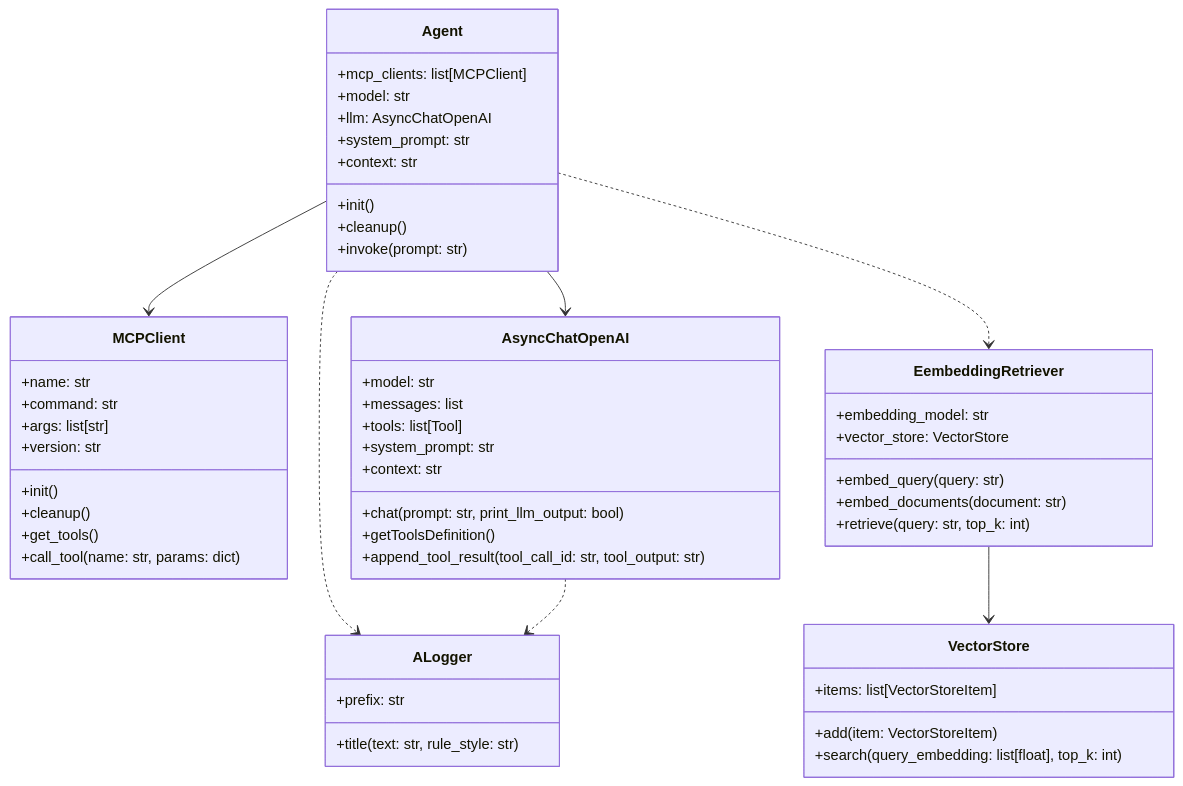
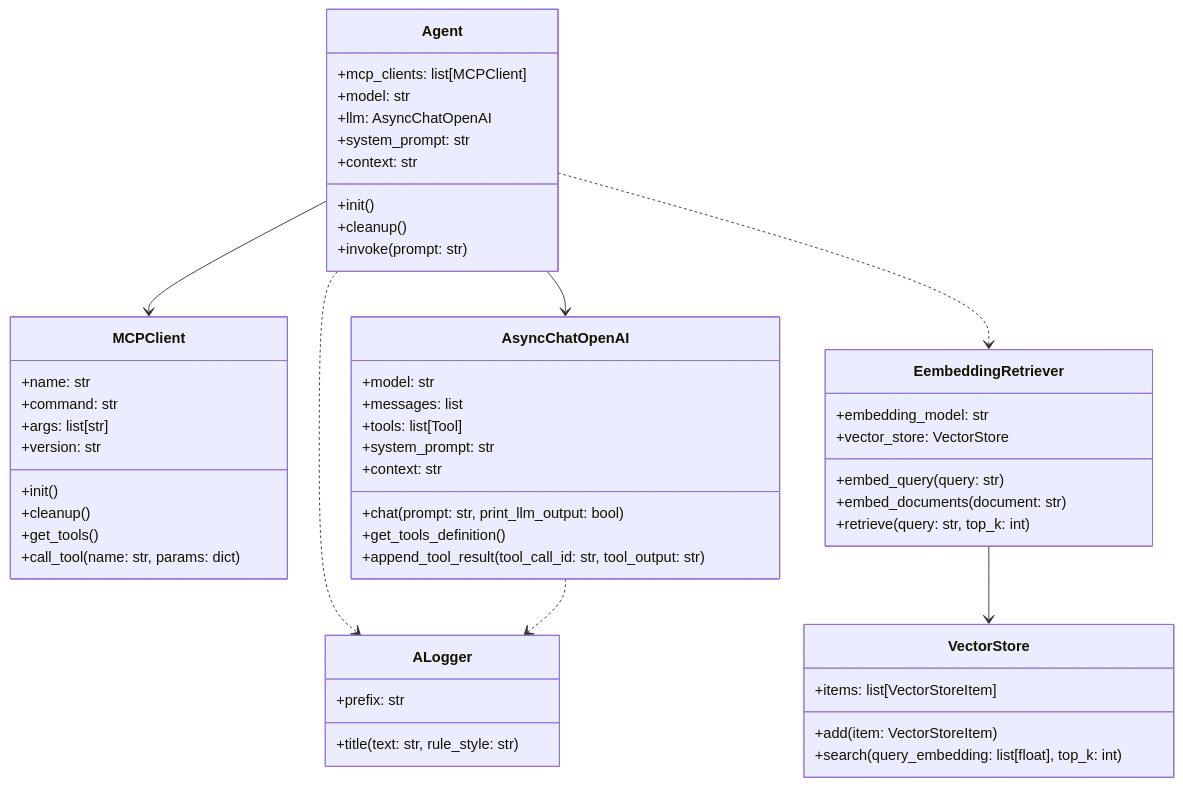
The second of 3 diagrams in README.md (baller/SmartMap-Agent), drawn with Mermaid before and after one commit. The commit also changed 1 other file, not shown here.

Commit message:
fix: deepseek api more strict when tools is empty array, adjust to give not set

````diff
--- a/README.md
+++ b/README.md
@@ -38,61 +38,61 @@
 ```mermaid
 classDiagram
     class Agent {
         +mcp_clients: list[MCPClient]
         +model: str
         +llm: AsyncChatOpenAI
         +system_prompt: str
         +context: str
         +init()
         +cleanup()
         +invoke(prompt: str)
     }
 
     class MCPClient {
         +name: str
         +command: str
         +args: list[str]
         +version: str
         +init()
         +cleanup()
         +get_tools()
         +call_tool(name: str, params: dict)
     }
 
     class AsyncChatOpenAI {
         +model: str
         +messages: list
         +tools: list[Tool]
         +system_prompt: str
         +context: str
         +chat(prompt: str, print_llm_output: bool)
-        +getToolsDefinition()
+        +get_tools_definition()
         +append_tool_result(tool_call_id: str, tool_output: str)
     }
 
     class EembeddingRetriever {
         +embedding_model: str
         +vector_store: VectorStore
         +embed_query(query: str)
         +embed_documents(document: str)
         +retrieve(query: str, top_k: int)
     }
 
     class VectorStore {
         +items: list[VectorStoreItem]
         +add(item: VectorStoreItem)
         +search(query_embedding: list[float], top_k: int)
     }
 
     class ALogger {
         +prefix: str
         +title(text: str, rule_style: str)
     }
 
     Agent --> MCPClient
     Agent --> AsyncChatOpenAI
     Agent ..> EembeddingRetriever
     EembeddingRetriever --> VectorStore
     Agent ..> ALogger
     AsyncChatOpenAI ..> ALogger
 ```
````
